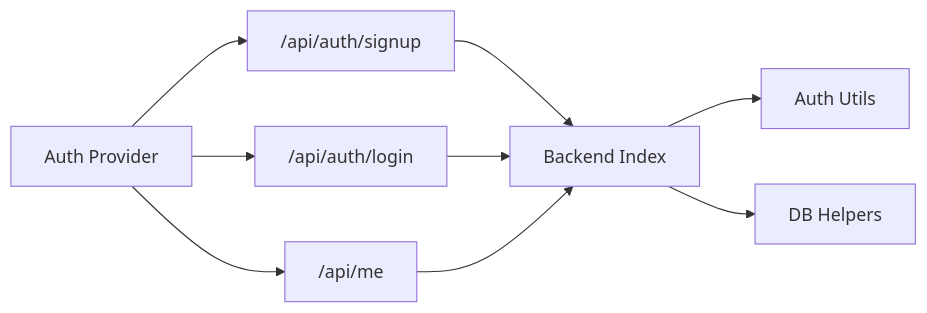
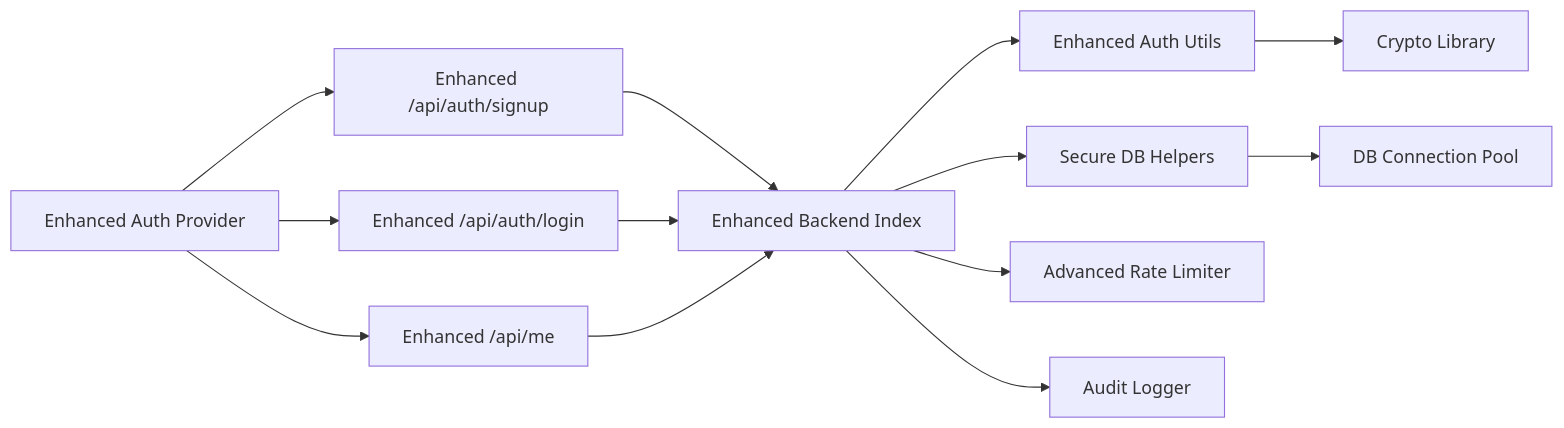
One commit to HassanAmeer/cheaprouter changed the ninth of 9 diagrams in .qoder/repowiki/en/content/Backend Architecture/Authentication & Authorization.md. Above: the diagram before and after it, drawn with Mermaid. The commit also changed other lines of this file and 54 other files, not shown here.

````diff
--- a/.qoder/repowiki/en/content/Backend Architecture/Authentication & Authorization.md
+++ b/.qoder/repowiki/en/content/Backend Architecture/Authentication & Authorization.md
@@ -353,11 +558,15 @@
 ```mermaid
 graph LR
-FE_Signup["/api/auth/signup"] --> BE_Index["Backend Index"]
-FE_Login["/api/auth/login"] --> BE_Index
-FE_Me["/api/me"] --> BE_Index
-BE_Index --> BE_Auth["Auth Utils"]
-BE_Index --> BE_DB["DB Helpers"]
-FE_Provider["Auth Provider"] --> FE_Login
+FE_Signup["Enhanced /api/auth/signup"] --> BE_Index["Enhanced Backend Index"]
+FE_Login["Enhanced /api/auth/login"] --> BE_Index
+FE_Me["Enhanced /api/me"] --> BE_Index
+BE_Index --> BE_Auth["Enhanced Auth Utils"]
+BE_Index --> BE_DB["Secure DB Helpers"]
+BE_Index --> BE_RateLimit["Advanced Rate Limiter"]
+BE_Index --> BE_Audit["Audit Logger"]
+FE_Provider["Enhanced Auth Provider"] --> FE_Login
 FE_Provider --> FE_Signup
 FE_Provider --> FE_Me
+BE_Auth --> CryptoLib["Crypto Library"]
+BE_DB --> ConnectionPool["DB Connection Pool"]
 ```
````
